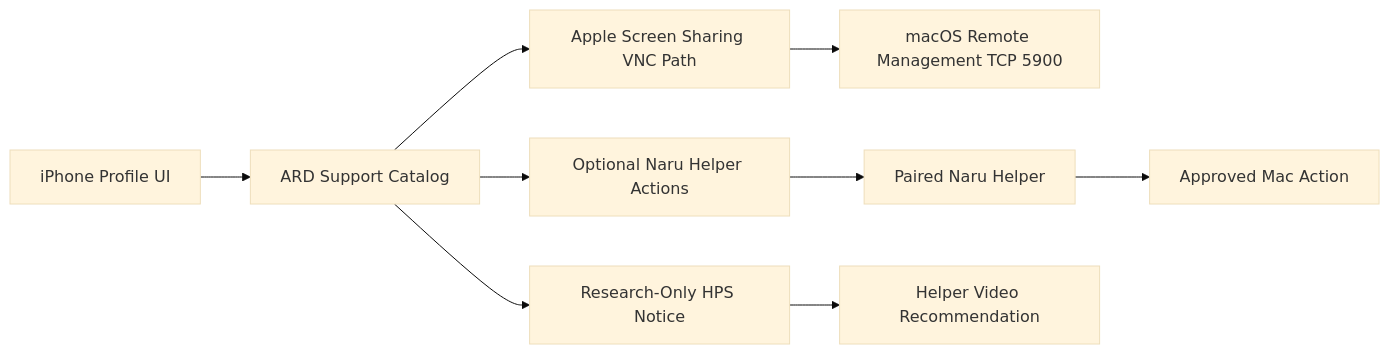
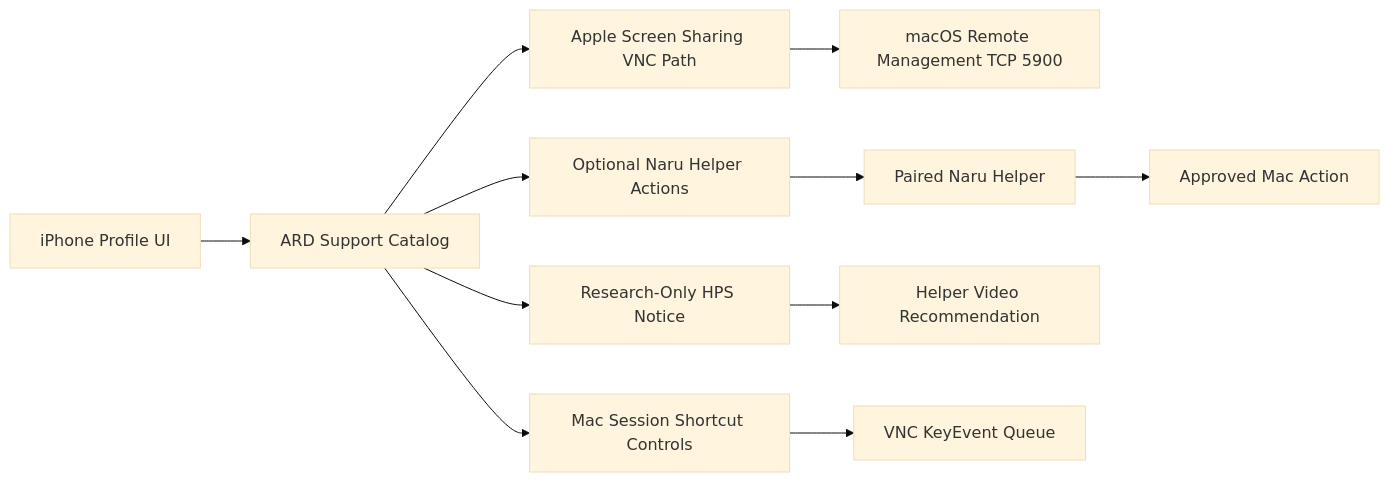
Before and after one commit to midagedev/naru-remote: the diagram in specs/008-apple-remote-desktop-native-support/plan.md, drawn with Mermaid (base theme). The commit also changed other lines of this file and 12 other files, not shown here.

Commit message:
Add Mac session control shortcuts

````diff
--- a/specs/008-apple-remote-desktop-native-support/plan.md
+++ b/specs/008-apple-remote-desktop-native-support/plan.md
@@ -73,11 +74,13 @@
 ```mermaid
 flowchart LR
     A["iPhone Profile UI"] --> B["ARD Support Catalog"]
     B --> C["Apple Screen Sharing VNC Path"]
     B --> D["Optional Naru Helper Actions"]
     B --> E["Research-Only HPS Notice"]
+    B --> J["Mac Session Shortcut Controls"]
     C --> F["macOS Remote Management TCP 5900"]
     D --> G["Paired Naru Helper"]
     G --> H["Approved Mac Action"]
     E --> I["Helper Video Recommendation"]
+    J --> K["VNC KeyEvent Queue"]
 ```
````
